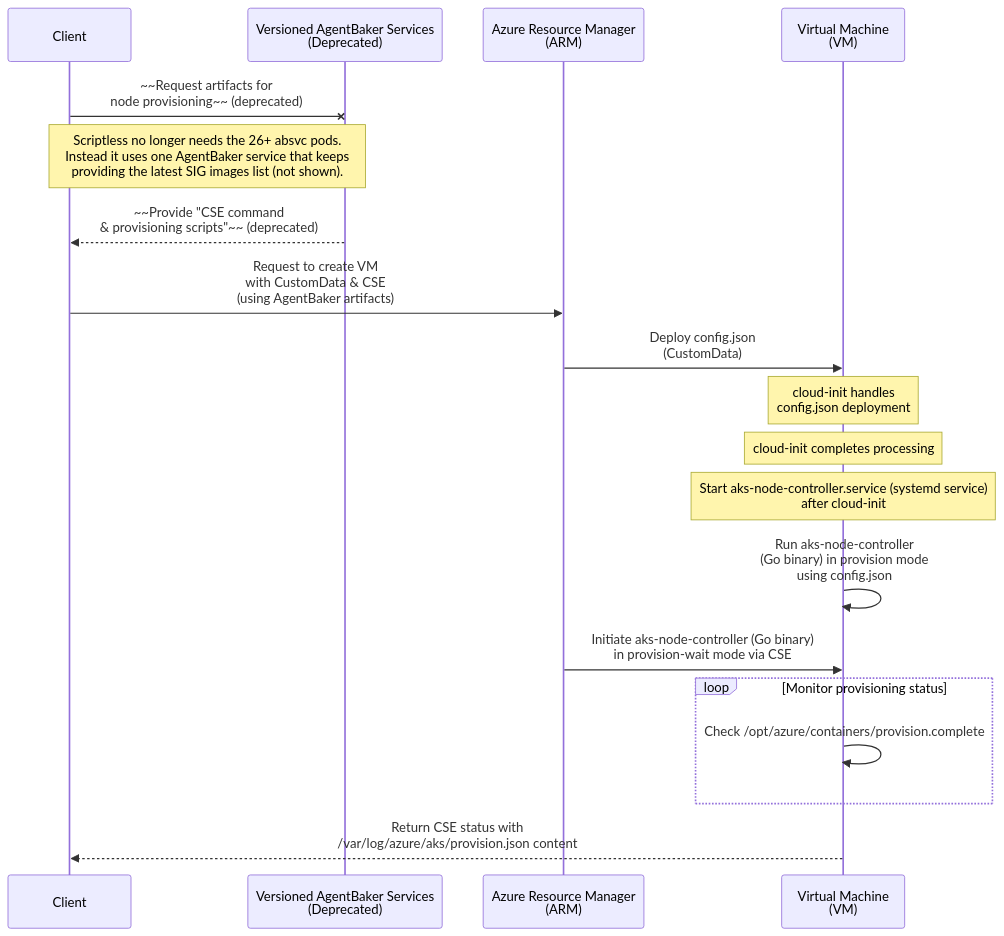
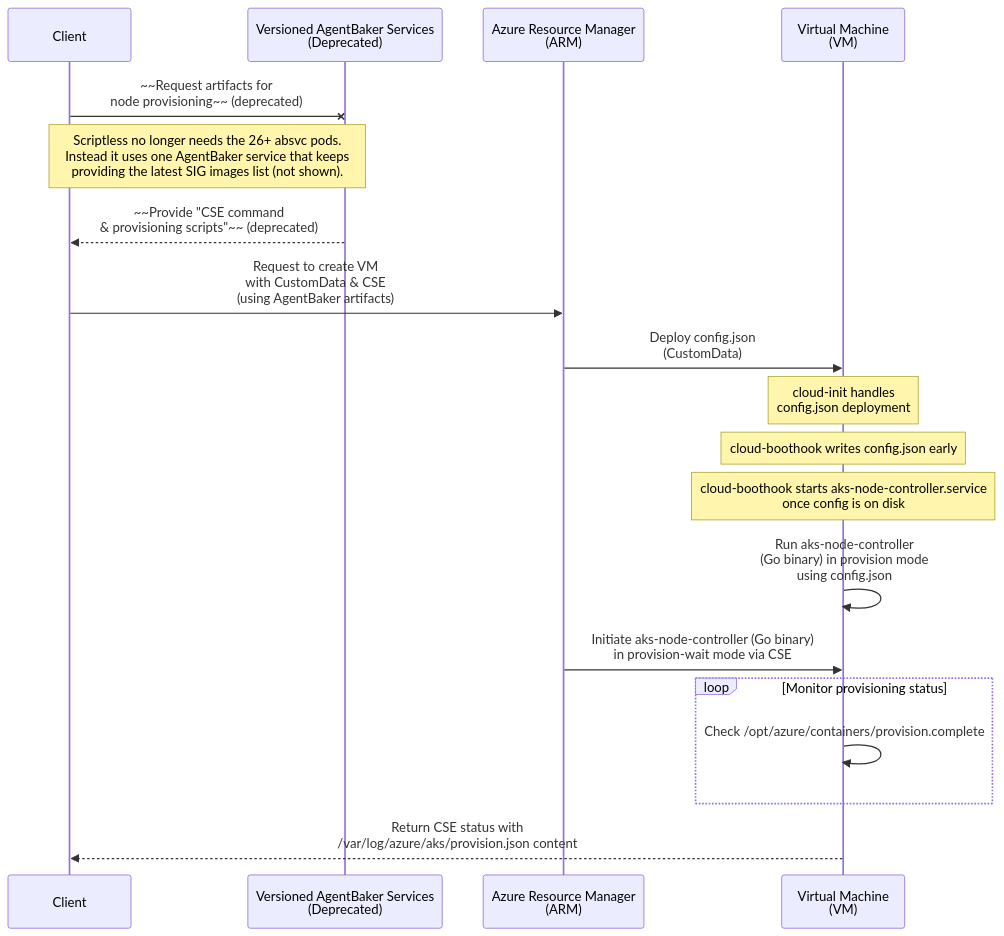
One commit to Azure/AgentBaker changed the diagram in aks-node-controller/README.md. Above: the diagram before and after it, drawn with Mermaid. The commit also changed other lines of this file and 86 other files, not shown here.

Commit message:
feat: start aks-node-controller using boothook and cse optimizations

````diff
--- a/aks-node-controller/README.md
+++ b/aks-node-controller/README.md
@@ -109,28 +109,28 @@
 ```mermaid
 sequenceDiagram
     participant Client as Client
     participant AgentBaker as Versioned AgentBaker Services<br/>(Deprecated)
     participant ARM as Azure Resource Manager<br/>(ARM)
     participant VM as Virtual Machine<br/>(VM)
 
     Client -x AgentBaker: ~~Request artifacts for<br/> node provisioning~~ (deprecated)
     note over Client, AgentBaker: Scriptless no longer needs the 26+ absvc pods.<br/> Instead it uses one AgentBaker service that keeps<br/> providing the latest SIG images list (not shown).
 
     AgentBaker-->>Client: ~~Provide "CSE command<br/> & provisioning scripts"~~ (deprecated)
 
     Client->>ARM: Request to create VM<br/>with CustomData & CSE<br/>(using AgentBaker artifacts)
     ARM->>VM: Deploy config.json<br/>(CustomData)
     note over VM: cloud-init handles<br/>config.json deployment
 
-    note over VM: cloud-init completes processing
-    note over VM: Start aks-node-controller.service (systemd service)<br/>after cloud-init
+    note over VM: cloud-boothook writes config.json early
+    note over VM: cloud-boothook starts aks-node-controller.service<br/>once config is on disk
     VM->>VM: Run aks-node-controller<br/>(Go binary) in provision mode<br/>using config.json
 
     ARM->>VM: Initiate aks-node-controller (Go binary)<br/>in provision-wait mode via CSE
 
     loop Monitor provisioning status
         VM->>VM: Check /opt/azure/containers/provision.complete
     end
 
     VM-->>Client: Return CSE status with<br/>/var/log/azure/aks/provision.json content
 ```
````
